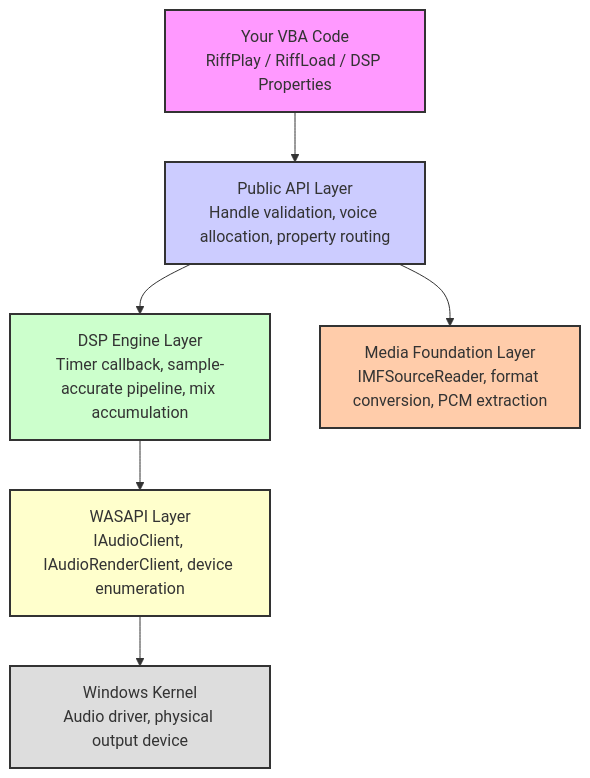
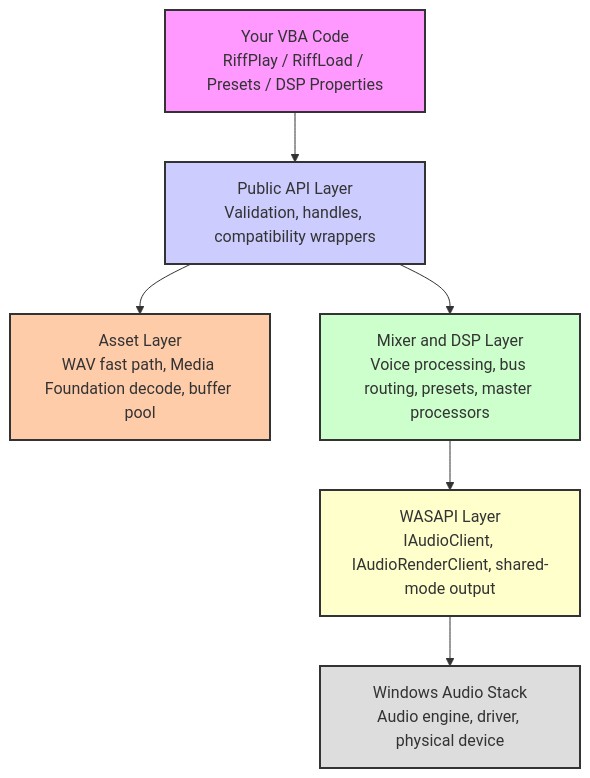
Before and after one commit to vbacollective/riff: the first of 8 diagrams in docs/ARCHITECTURE.md, drawn with Mermaid. The commit also changed other lines of this file, not shown here.

````diff
--- a/docs/ARCHITECTURE.md
+++ b/docs/ARCHITECTURE.md
@@ -58,19 +89,22 @@
 ```mermaid
 graph TD
-    A["Your VBA Code<br/>RiffPlay / RiffLoad / DSP Properties"]
-    B["Public API Layer<br/>Handle validation, voice allocation, property routing"]
-    C["DSP Engine Layer<br/>Timer callback, sample-accurate pipeline, mix accumulation"]
-    D["WASAPI Layer<br/>IAudioClient, IAudioRenderClient, device enumeration"]
-    E["Media Foundation Layer<br/>IMFSourceReader, format conversion, PCM extraction"]
-    F["Windows Kernel<br/>Audio driver, physical output device"]
+    A["Your VBA Code<br/>RiffPlay / RiffLoad / Presets / DSP Properties"]
+    B["Public API Layer<br/>Validation, handles, compatibility wrappers"]
+    C["Asset Layer<br/>WAV fast path, Media Foundation decode, buffer pool"]
+    D["Mixer and DSP Layer<br/>Voice processing, bus routing, presets, master processors"]
+    E["WASAPI Layer<br/>IAudioClient, IAudioRenderClient, shared-mode output"]
+    F["Windows Audio Stack<br/>Audio engine, driver, physical device"]
 
-    A --> B --> C --> D --> F
-    B --> E
+    A --> B
+    B --> C
+    B --> D
+    D --> E
+    E --> F
 
     style A fill:#f9f,stroke:#333,stroke-width:2px
     style B fill:#ccf,stroke:#333,stroke-width:2px
-    style C fill:#cfc,stroke:#333,stroke-width:2px
-    style D fill:#ffc,stroke:#333,stroke-width:2px
-    style E fill:#fca,stroke:#333,stroke-width:2px
+    style C fill:#fca,stroke:#333,stroke-width:2px
+    style D fill:#cfc,stroke:#333,stroke-width:2px
+    style E fill:#ffc,stroke:#333,stroke-width:2px
     style F fill:#ddd,stroke:#333,stroke-width:2px
 ```
````
